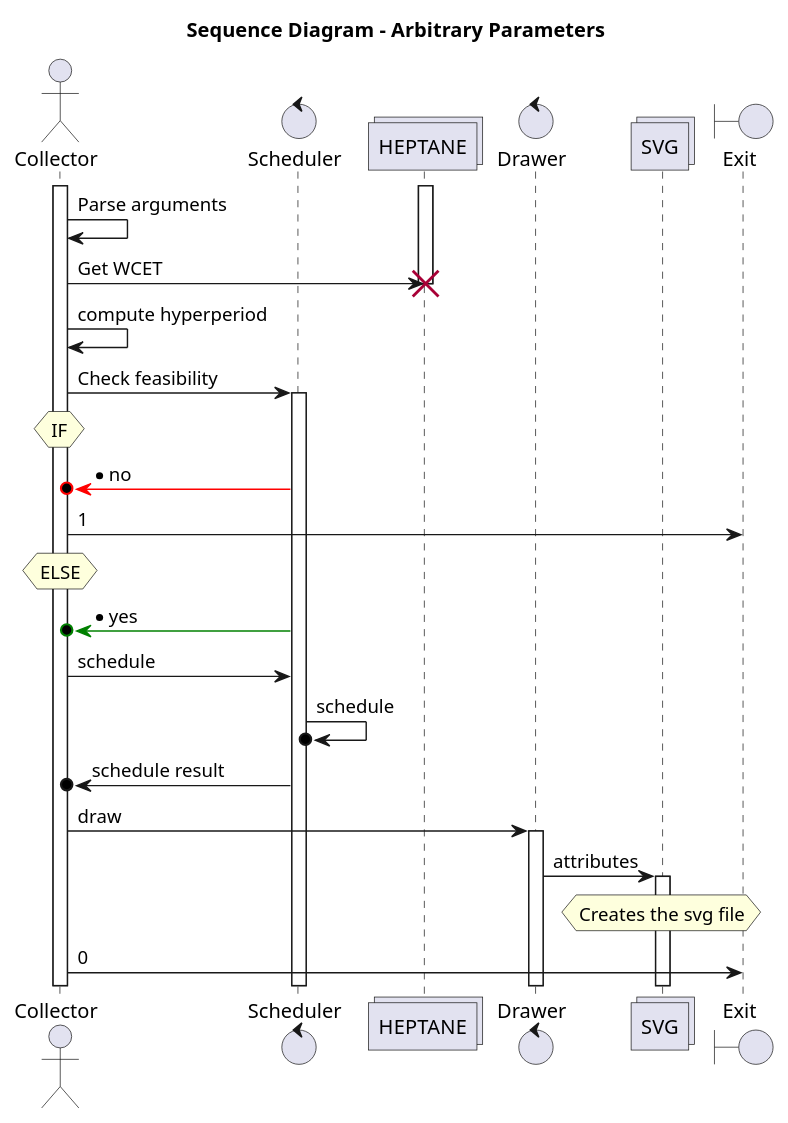
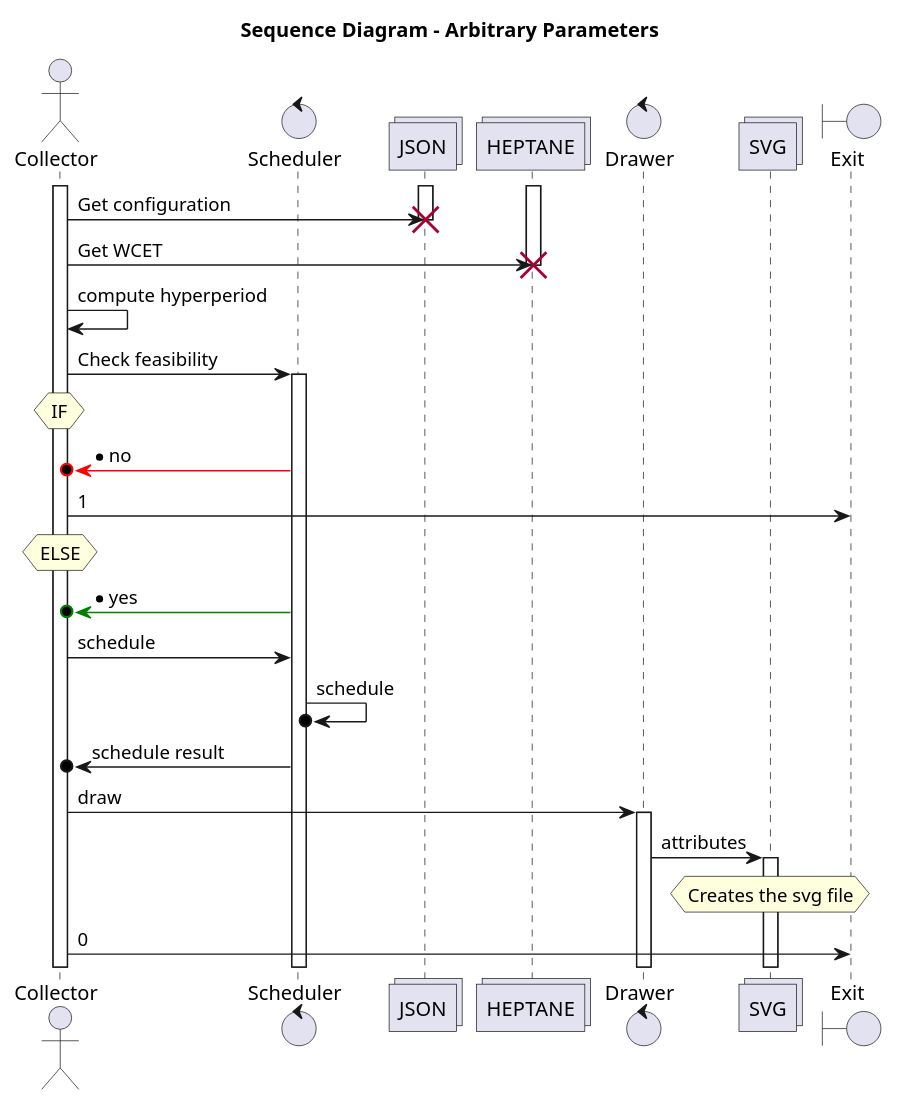
Before and after one commit to bibi14010/itr-scheduler-2020: the diagram in doc/SequenceDiagram.puml, drawn with PlantUML. The commit also changed 1 other file, not shown here.

Commit message:
Updating doc files : diagrams

```diff
--- a/doc/SequenceDiagram.puml
+++ b/doc/SequenceDiagram.puml
@@ -1,39 +1,42 @@
 @startuml
 'https://plantuml.com/sequence-diagram
 title Sequence Diagram - Arbitrary Parameters
 hide unlinked
 
 actor Collector
 control Scheduler
+collections JSON
 collections HEPTANE
 control Drawer
 collections SVG
 boundary Exit
 
 activate Collector
 activate HEPTANE
+activate JSON
 
-Collector -> Collector : Parse arguments
+Collector -> JSON : Get configuration
+destroy JSON
 Collector -> HEPTANE : Get WCET
 destroy HEPTANE
 Collector -> Collector : compute hyperperiod
 
 
 Collector -> Scheduler : Check feasibility
 activate Scheduler
 hnote over Collector : IF
 Scheduler -[#red]>o Collector :  * no
 Collector -> Exit : 1
 hnote over Collector : ELSE
 Scheduler -[#green]>o Collector :  * yes
 Collector -> Scheduler : schedule
 Scheduler ->o Scheduler : schedule
 Scheduler ->o Collector : schedule result
 
 Collector -> Drawer : draw
 activate Drawer
 Drawer -> SVG : attributes
 activate SVG
 hnote over SVG :Creates the svg file
 Collector -> Exit : 0
 @enduml
```
